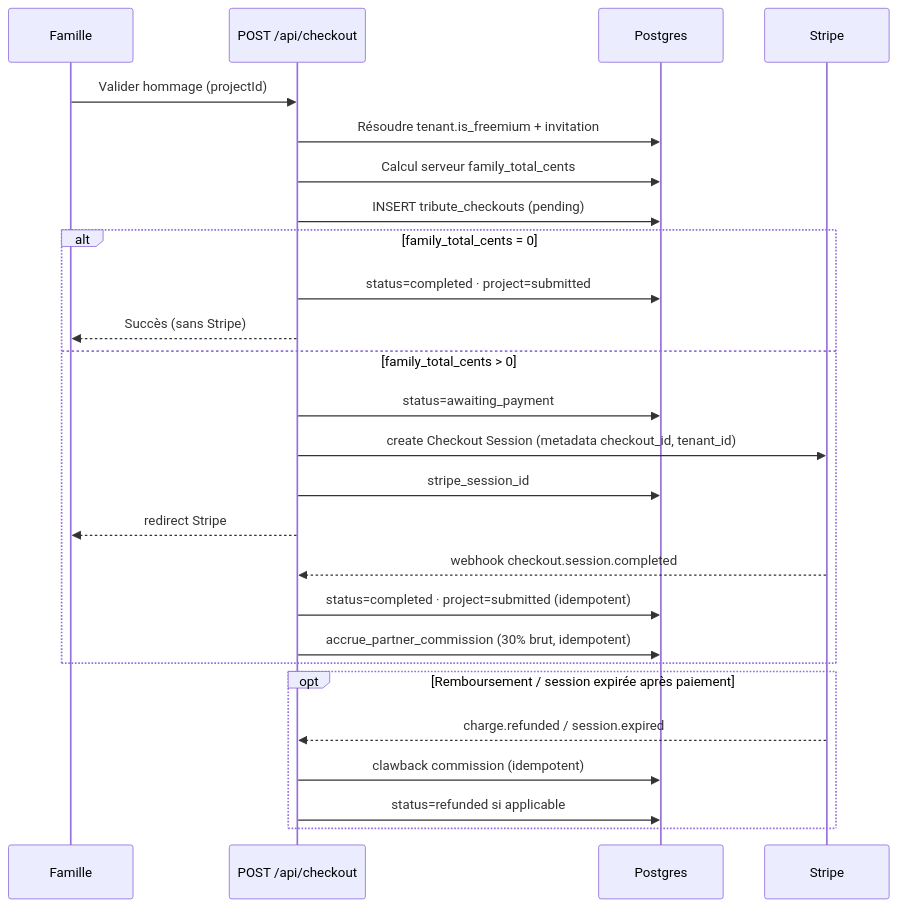
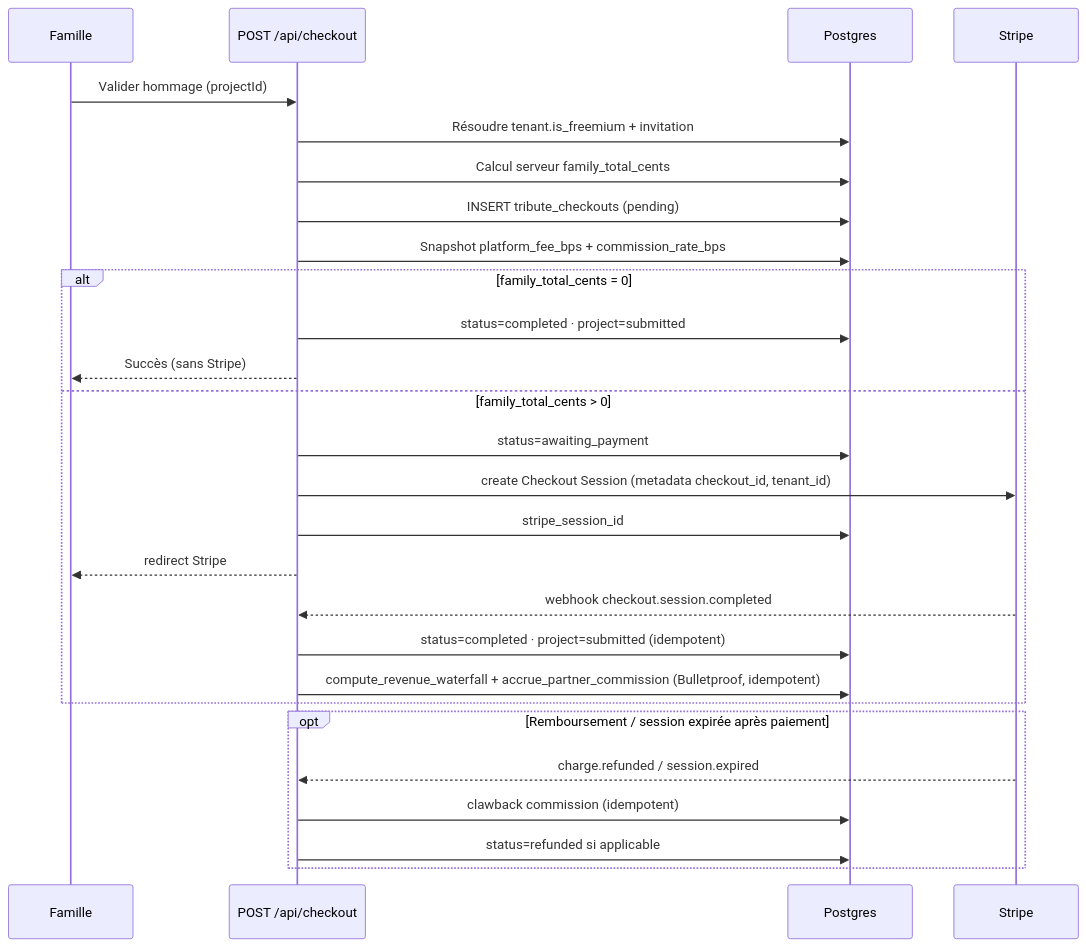
Before and after one commit to Lyra-OD/odyssey-web: the second of 2 diagrams in docs/B2B2C_COMMERCE.md, drawn with Mermaid. The commit also changed other lines of this file and 10 other files, not shown here.

````diff
--- a/docs/B2B2C_COMMERCE.md
+++ b/docs/B2B2C_COMMERCE.md
@@ -366,31 +445,32 @@
 ```mermaid
 sequenceDiagram
   participant F as Famille
   participant API as POST /api/checkout
   participant DB as Postgres
   participant S as Stripe
 
   F->>API: Valider hommage (projectId)
   API->>DB: Résoudre tenant.is_freemium + invitation
   API->>DB: Calcul serveur family_total_cents
   API->>DB: INSERT tribute_checkouts (pending)
+  API->>DB: Snapshot platform_fee_bps + commission_rate_bps
 
   alt family_total_cents = 0
     API->>DB: status=completed · project=submitted
     API-->>F: Succès (sans Stripe)
   else family_total_cents > 0
     API->>DB: status=awaiting_payment
     API->>S: create Checkout Session (metadata checkout_id, tenant_id)
     API->>DB: stripe_session_id
     API-->>F: redirect Stripe
     S-->>API: webhook checkout.session.completed
     API->>DB: status=completed · project=submitted (idempotent)
-    API->>DB: accrue_partner_commission (30% brut, idempotent)
+    API->>DB: compute_revenue_waterfall + accrue_partner_commission (Bulletproof, idempotent)
   end
 
   opt Remboursement / session expirée après paiement
     S-->>API: charge.refunded / session.expired
     API->>DB: clawback commission (idempotent)
     API->>DB: status=refunded si applicable
   end
 ```
````
